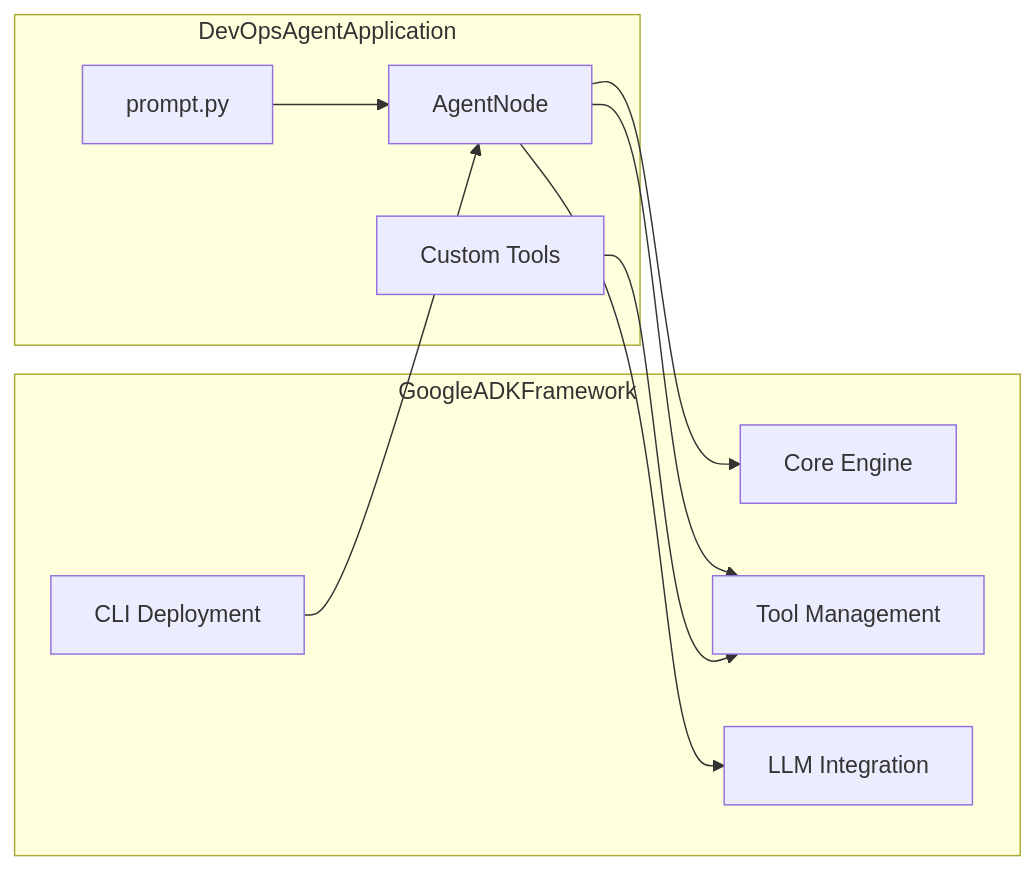
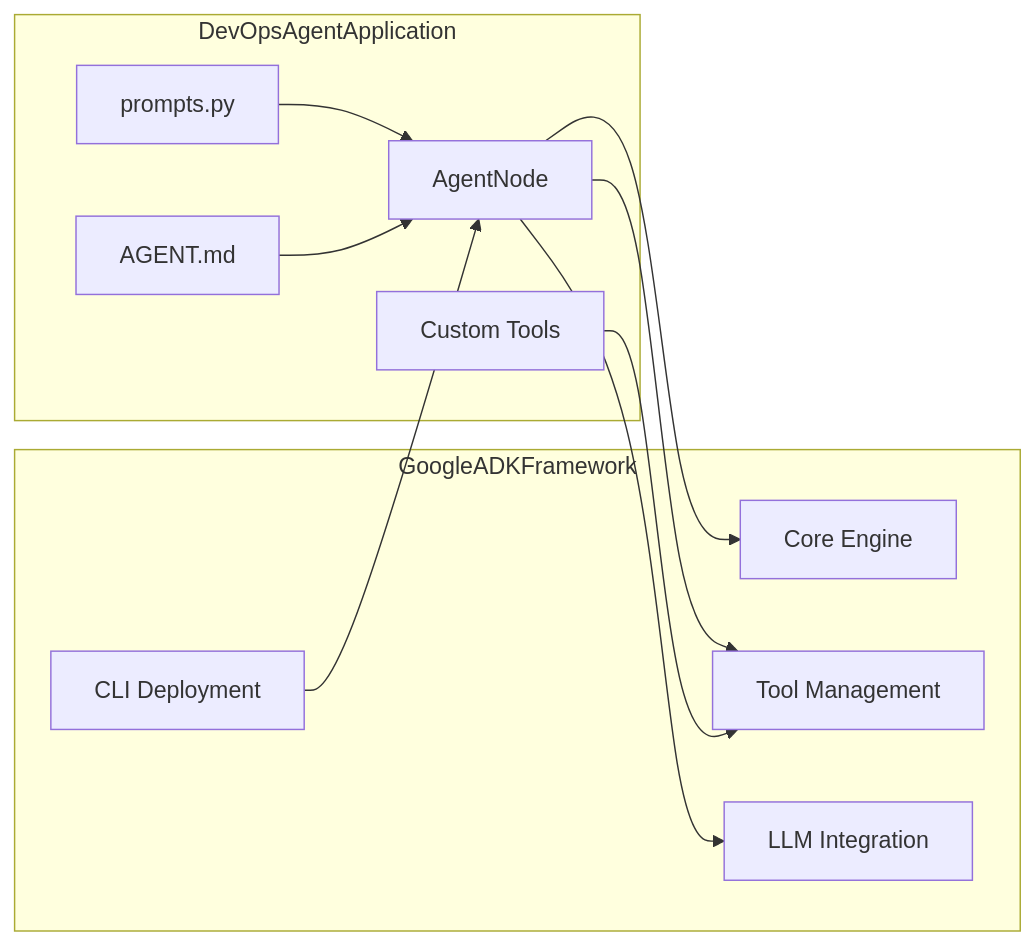
Before and after one commit to BlueCentre/adk-agents: the second of 4 diagrams in README.md, drawn with Mermaid. The commit also changed other lines of this file, not shown here.

````diff
--- a/README.md
+++ b/README.md
@@ -114,22 +117,24 @@
 ```mermaid
 graph LR
     subgraph GoogleADKFramework
         ADK_Core[Core Engine]
         ADK_Tools[Tool Management]
         ADK_LLM[LLM Integration]
         ADK_CLI[CLI Deployment]
     end
 
     subgraph DevOpsAgentApplication
         AgentPy[AgentNode]
-        PromptPy[prompt.py]
+        PromptPy[prompts.py]
+        AgentMD[AGENT.md]
         CustomTools[Custom Tools]
     end
 
     AgentPy --> ADK_Core
     AgentPy --> ADK_Tools
     AgentPy --> ADK_LLM
     PromptPy --> AgentPy
+    AgentMD --> AgentPy
     CustomTools --> ADK_Tools
     ADK_CLI --> AgentPy
 ```
````
